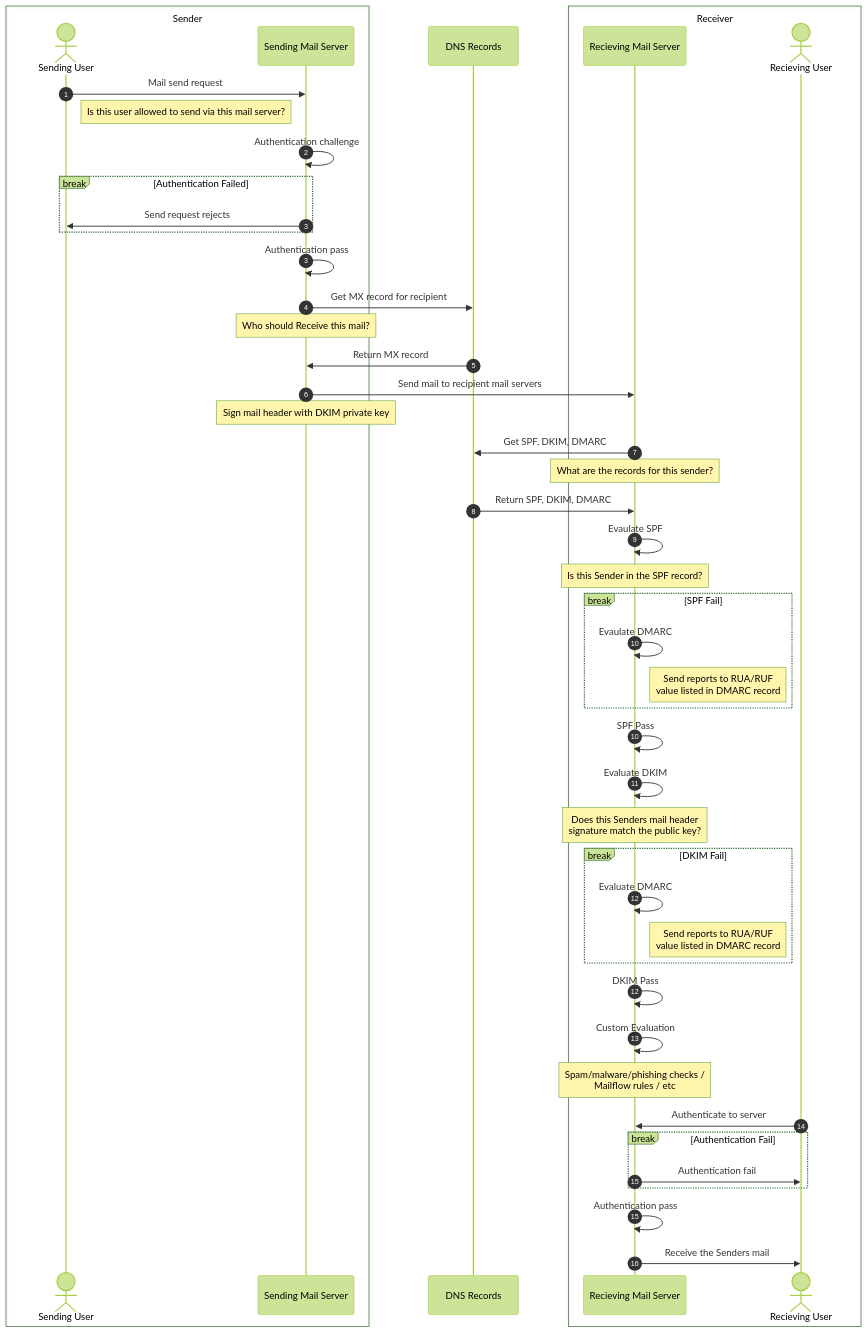
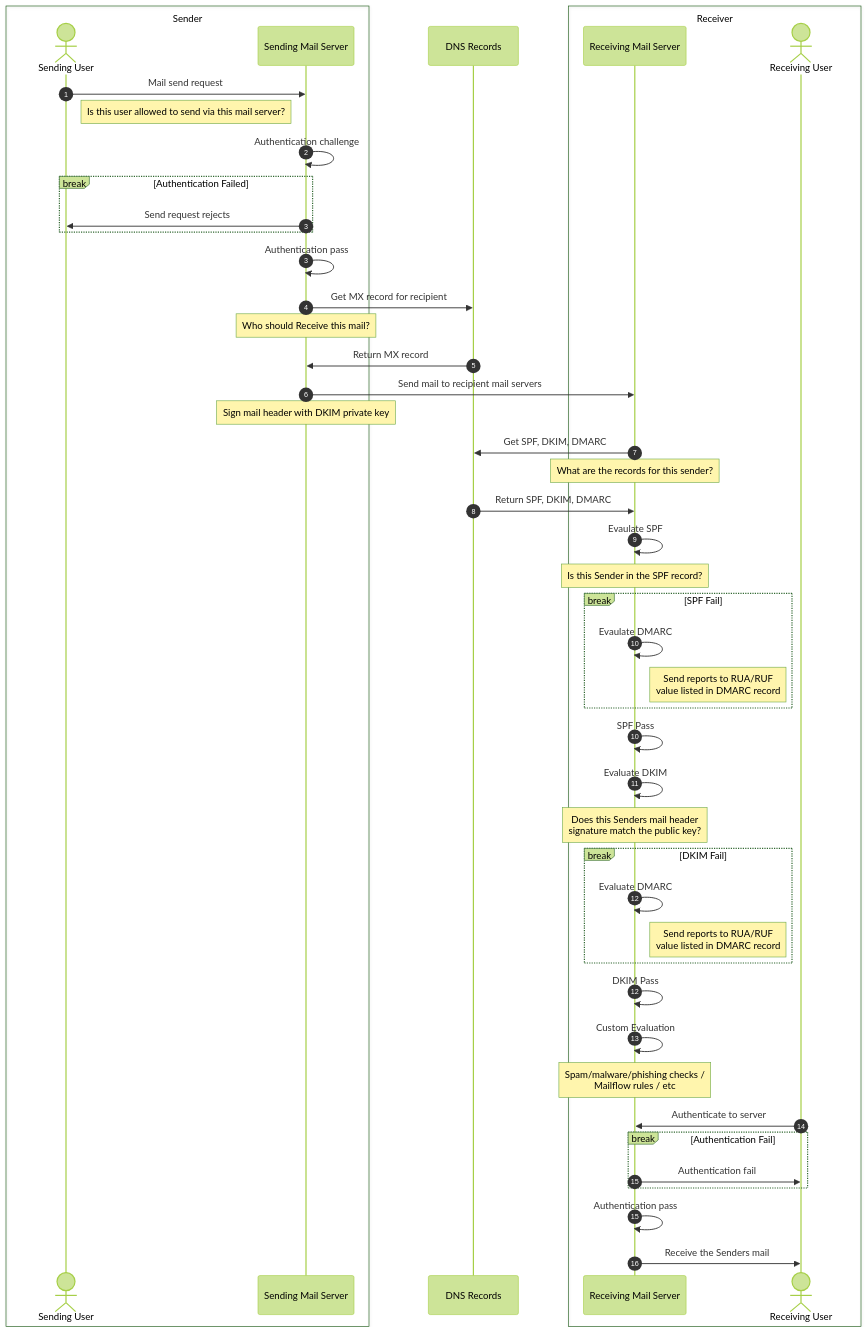
The diagram in knowledge_base/Email/index.md (CaelanDrayer/caelandrayer.ca), drawn with Mermaid (forest theme) before and after one commit.

````diff
--- a/knowledge_base/Email/index.md
+++ b/knowledge_base/Email/index.md
@@ -46,55 +46,55 @@
 ```mermaid
 sequenceDiagram
   autonumber
   Box Sender
   actor User as Sending User
   participant SMS as Sending Mail Server
   end
   participant DNS as DNS Records
   box Receiver
-  participant RMS as Recieving Mail Server
-  actor RUser as Recieving User
+  participant RMS as Receiving Mail Server
+  actor RUser as Receiving User
   end
 
   User ->> SMS: Mail send request
   Note left of SMS: Is this user allowed to send via this mail server?
   SMS ->> SMS: Authentication challenge
   break Authentication Failed
     SMS ->> User: Send request rejects
   end
   autonumber 3
   SMS ->> SMS: Authentication pass
   SMS ->> DNS: Get MX record for recipient
   Note over SMS: Who should Receive this mail?
   DNS ->> SMS: Return MX record
   SMS ->> RMS: Send mail to recipient mail servers
   Note over SMS: Sign mail header with DKIM private key
   RMS ->> DNS: Get SPF, DKIM, DMARC
   Note over RMS: What are the records for this sender?
   DNS ->> RMS: Return SPF, DKIM, DMARC
   RMS ->> RMS: Evaulate SPF
   Note over RMS: Is this Sender in the SPF record?
   break SPF Fail
     RMS ->> RMS: Evaulate DMARC
     note right of RMS: Send reports to RUA/RUF<br>value listed in DMARC record
   end
   autonumber 10
   RMS ->> RMS: SPF Pass
   RMS ->> RMS: Evaluate DKIM
   Note over RMS: Does this Senders mail header<br>signature match the public key?
   break DKIM Fail
     RMS ->> RMS: Evaluate DMARC
     note right of RMS: Send reports to RUA/RUF<br>value listed in DMARC record
   end
   autonumber 12
   RMS ->> RMS: DKIM Pass
   RMS ->> RMS: Custom Evaluation
   Note over RMS: Spam/malware/phishing checks /<br> Mailflow rules / etc
   RUser ->> RMS: Authenticate to server
   break Authentication Fail
     RMS ->> RUser: Authentication fail
   end
   autonumber 15
   RMS ->> RMS: Authentication pass
   RMS ->> RUser: Receive the Senders mail
 ```
````
